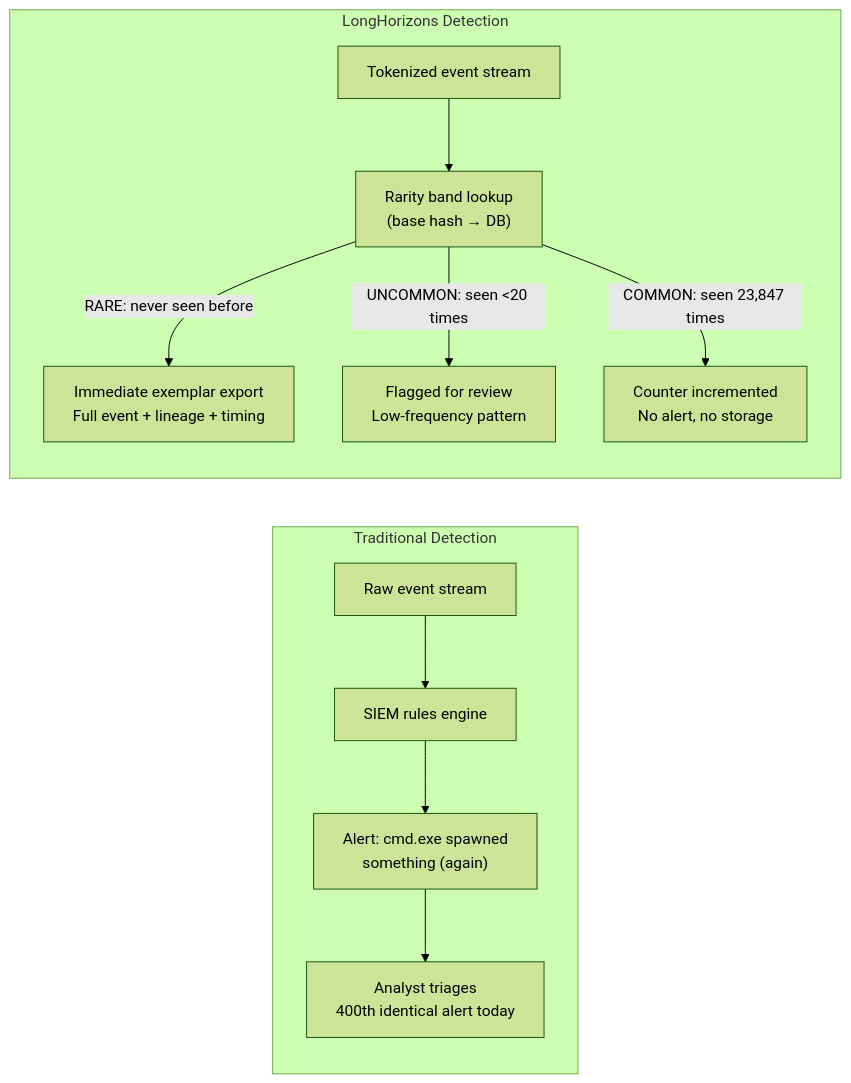
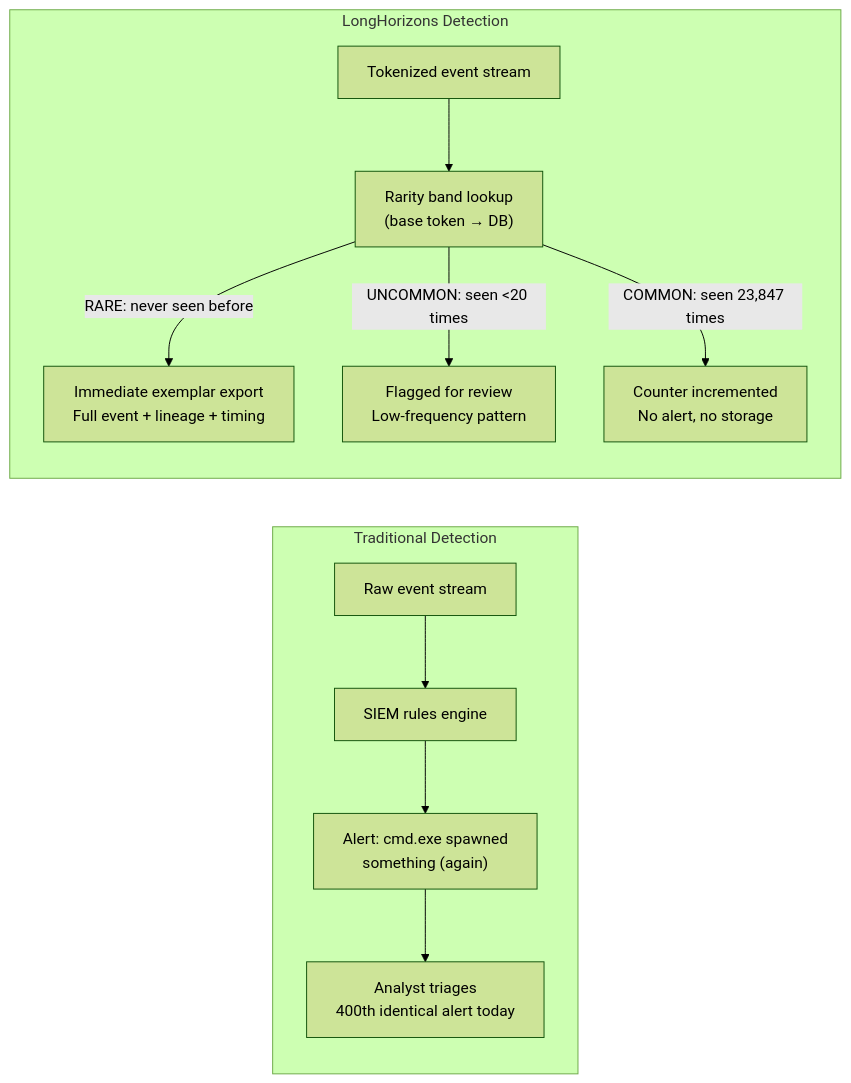
Before and after one commit to LongHorizons/WindOH: the fourth of 5 diagrams in LongHorizons/README.md, drawn with Mermaid (forest theme). The commit also changed other lines of this file and 13 other files, not shown here.

First line of the commit message:
Normalize terminology: base token / payload token (spaced English)

````diff
--- a/LongHorizons/README.md
+++ b/LongHorizons/README.md
@@ -183,15 +183,15 @@
 ```mermaid
 flowchart LR
     subgraph Traditional["Traditional Detection"]
         T1["Raw event stream"] --> T2["SIEM rules engine"]
         T2 --> T3["Alert: cmd.exe spawned\nsomething (again)"]
         T3 --> T4["Analyst triages\n400th identical alert today"]
     end
 
     subgraph LongHorizons["LongHorizons Detection"]
-        L1["Tokenized event stream"] --> L2["Rarity band lookup\n(base hash → DB)"]
+        L1["Tokenized event stream"] --> L2["Rarity band lookup\n(base token → DB)"]
         L2 -->|"RARE: never seen before"| L3["Immediate exemplar export\nFull event + lineage + timing"]
         L2 -->|"UNCOMMON: seen <20 times"| L4["Flagged for review\nLow-frequency pattern"]
         L2 -->|"COMMON: seen 23,847 times"| L5["Counter incremented\nNo alert, no storage"]
     end
 ```
````
